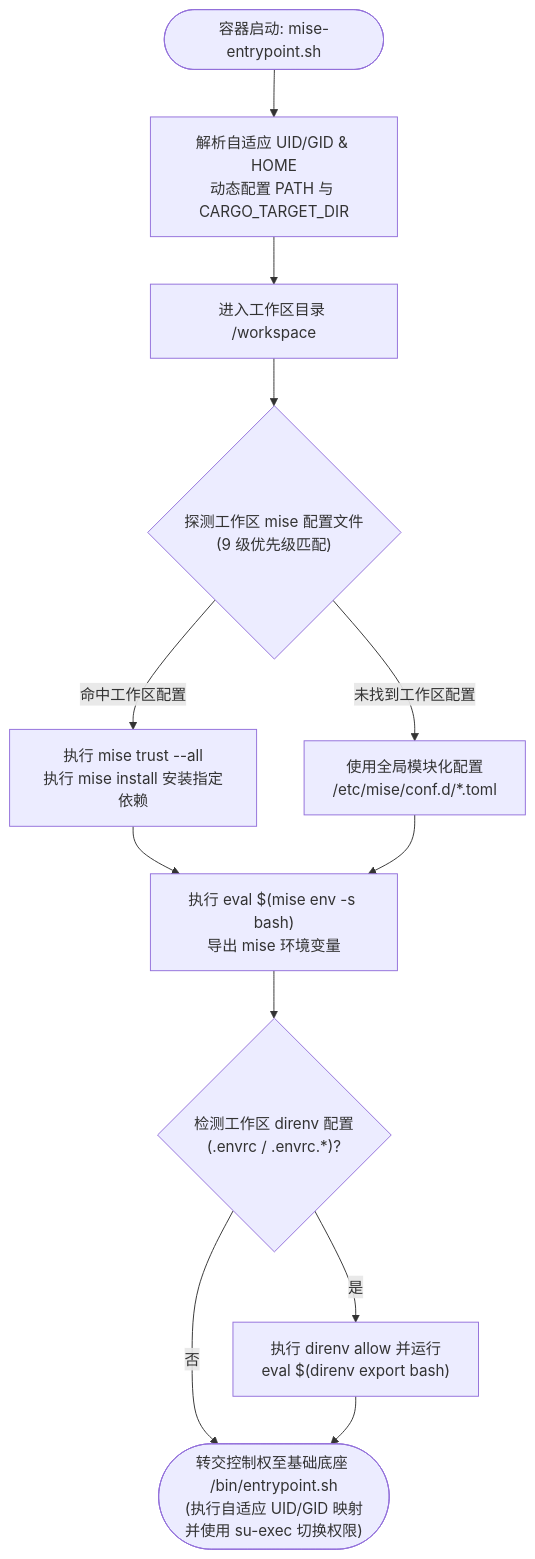
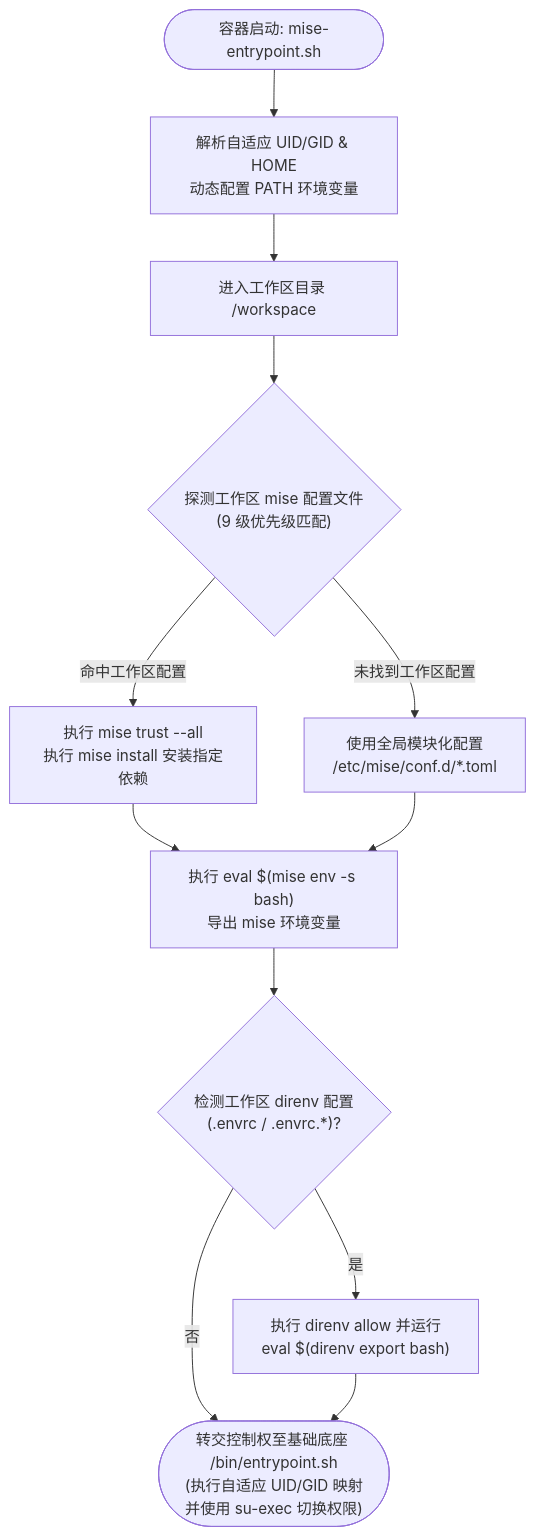
Before and after one commit to shaogme/coding-images: the third of 5 diagrams in README.md, drawn with Mermaid. The commit also changed other lines of this file and 11 other files, not shown here.

````diff
--- a/README.md
+++ b/README.md
@@ -213,17 +213,17 @@
 ```mermaid
 flowchart TD
-    Start(["容器启动: mise-entrypoint.sh"]) --> ResolveUser["解析自适应 UID/GID & HOME<br/>动态配置 PATH 与 CARGO_TARGET_DIR"]
+    Start(["容器启动: mise-entrypoint.sh"]) --> ResolveUser["解析自适应 UID/GID & HOME<br/>动态配置 PATH 环境变量"]
     ResolveUser --> CheckWs["进入工作区目录 /workspace"]
     CheckWs --> DetectConfig{"探测工作区 mise 配置文件<br/>(9 级优先级匹配)"}
 
     DetectConfig -- "命中工作区配置" --> TrustInstall["执行 mise trust --all<br/>执行 mise install 安装指定依赖"]
     DetectConfig -- "未找到工作区配置" --> UseGlobal["使用全局模块化配置<br/>/etc/mise/conf.d/*.toml"]
 
     TrustInstall --> ExportMise["执行 eval $(mise env -s bash)<br/>导出 mise 环境变量"]
     UseGlobal --> ExportMise
 
     ExportMise --> DetectDirenv{"检测工作区 direnv 配置<br/>(.envrc / .envrc.*)?"}
     DetectDirenv -- "是" --> LoadDirenv["执行 direnv allow 并运行<br/>eval $(direnv export bash)"]
     DetectDirenv -- "否" --> ExecBase
     LoadDirenv --> ExecBase(["转交控制权至基础底座 /bin/entrypoint.sh<br/>(执行自适应 UID/GID 映射并使用 su-exec 切换权限)"])
 ```
````
